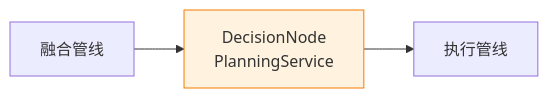
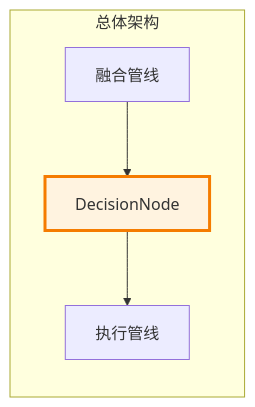
Before and after one commit to guang-lee-cn/ros2_robot_middleware: the first of 3 diagrams in doc/subsystems/decision-pipeline.md, drawn with Mermaid. The commit also changed other lines of this file and 7 other files, not shown here.

````diff
--- a/doc/subsystems/decision-pipeline.md
+++ b/doc/subsystems/decision-pipeline.md
@@ -5,7 +5,10 @@
 ```mermaid
 flowchart LR
-    FUSION[融合管线] --> D[DecisionNode<br/>PlanningService]
-    D --> MOTOR[执行管线]
-    
-    style D fill:#fff3e0,stroke:#f57c00
+    subgraph arch["总体架构"]
+        F["融合管线"]
+        D[DecisionNode]
+        M["执行管线"]
+    end
+    F --> D --> M
+    style D fill:#fff3e0,stroke:#f57c00,stroke-width:3px
 ```
````
